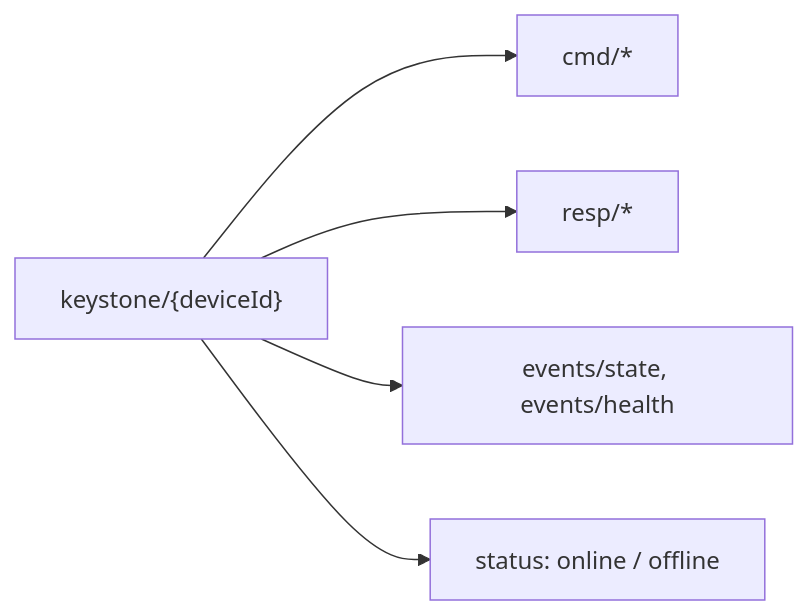
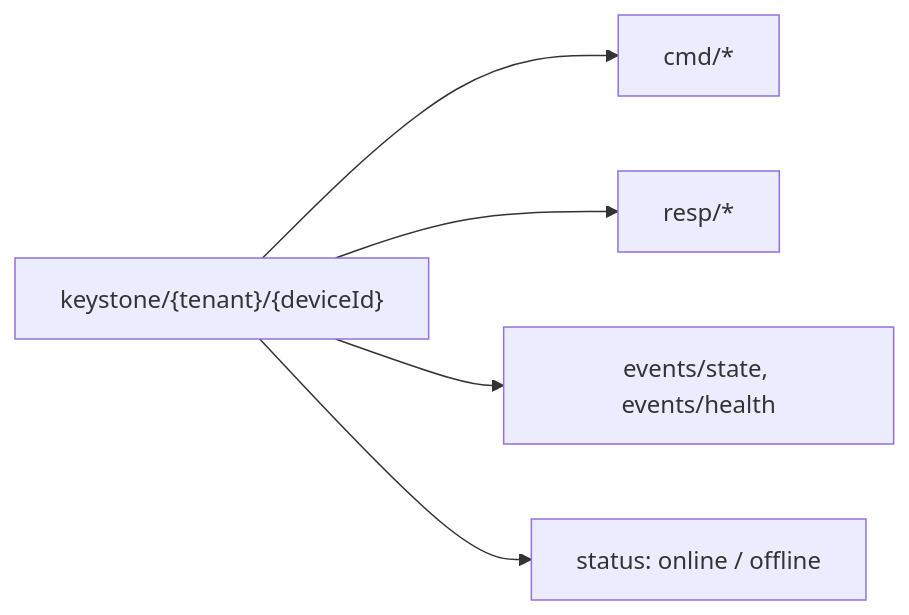
Before and after one commit to carlosprados/keystone: the diagram in site/content/control-planes/mqtt.md, drawn with Mermaid. The commit also changed other lines of this file and 15 other files, not shown here.

````diff
--- a/site/content/control-planes/mqtt.md
+++ b/site/content/control-planes/mqtt.md
@@ -16,7 +16,7 @@
 ```mermaid
 flowchart LR
-    ROOT["keystone/{deviceId}"] --> CMD["cmd/*"]
+    ROOT["keystone/{tenant}/{deviceId}"] --> CMD["cmd/*"]
     ROOT --> RESP["resp/*"]
     ROOT --> EV["events/state, events/health"]
     ROOT --> ST["status: online / offline"]
 ```
````
